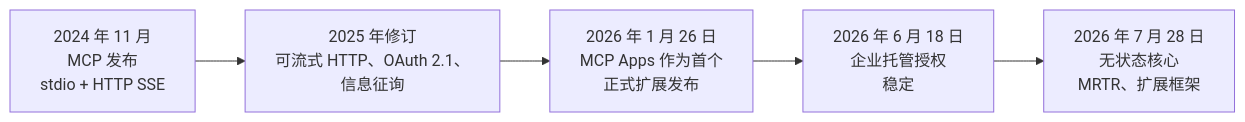
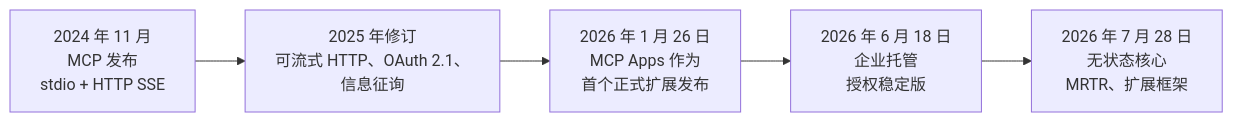
One commit to ChiHoc/ai-system-design-guide-zh changed the first of 5 diagrams in 07-agentic-systems/03-tool-use-and-mcp.md. Above: the diagram before and after it, drawn with Mermaid. The commit also changed other lines of this file and 17 other files, not shown here.

````diff
--- a/07-agentic-systems/03-tool-use-and-mcp.md
+++ b/07-agentic-systems/03-tool-use-and-mcp.md
@@ -126,7 +127,7 @@
 ```mermaid
 flowchart LR
     A[2024 年 11 月<br>MCP 发布<br>stdio + HTTP SSE] --> B[2025 年修订<br>可流式 HTTP、OAuth 2.1、<br>信息征询]
-    B --> C[2026 年 1 月 26 日<br>MCP Apps 作为首个<br>正式扩展发布]
-    C --> D[2026 年 6 月 18 日<br>企业托管授权<br>稳定]
+    B --> C[2026 年 1 月 26 日<br>MCP Apps 作为<br>首个正式扩展发布]
+    C --> D[2026 年 6 月 18 日<br>企业托管<br>授权稳定版]
     D --> E[2026 年 7 月 28 日<br>无状态核心<br>MRTR、扩展框架]
 ```
````
